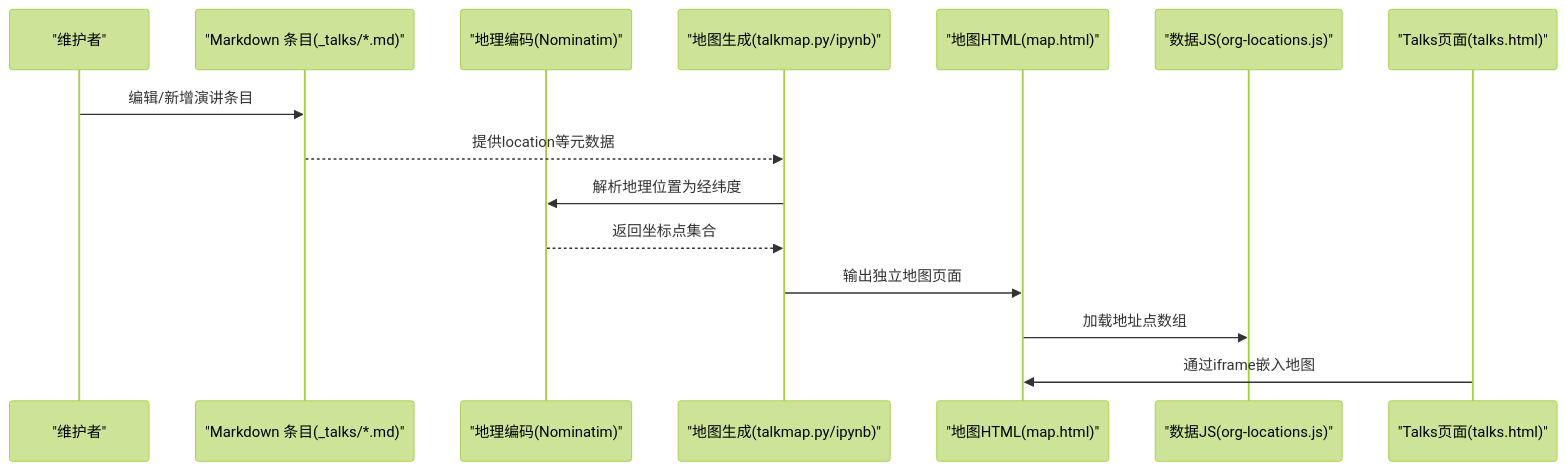
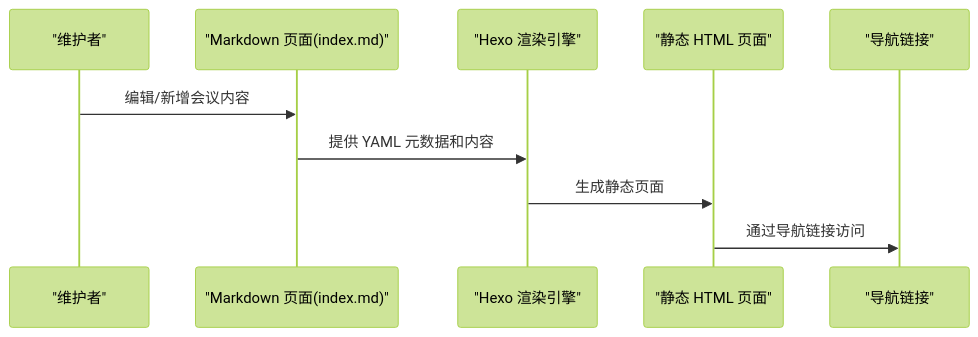
Before and after one commit to CoolPig0720/CoolPig0720.github.io: the second of 4 diagrams in .qoder/repowiki/zh/content/学术功能模块/会议展示功能.md, drawn with Mermaid (forest theme). The commit also changed other lines of this file and 36 other files, not shown here.

````diff
--- a/.qoder/repowiki/zh/content/学术功能模块/会议展示功能.md
+++ b/.qoder/repowiki/zh/content/学术功能模块/会议展示功能.md
@@ -118,17 +95,12 @@
 ```mermaid
 sequenceDiagram
 participant U as "维护者"
-participant MD as "Markdown 条目(_talks/*.md)"
-participant GEO as "地理编码(Nominatim)"
-participant GEN as "地图生成(talkmap.py/ipynb)"
-participant HTML as "地图HTML(map.html)"
-participant JS as "数据JS(org-locations.js)"
-participant PAGE as "Talks页面(talks.html)"
-U->>MD : 编辑/新增演讲条目
-MD-->>GEN : 提供location等元数据
-GEN->>GEO : 解析地理位置为经纬度
-GEO-->>GEN : 返回坐标点集合
-GEN->>HTML : 输出独立地图页面
-HTML->>JS : 加载地址点数组
-PAGE->>HTML : 通过iframe嵌入地图
+participant MD as "Markdown 页面(index.md)"
+participant HEXO as "Hexo 渲染引擎"
+participant HTML as "静态 HTML 页面"
+participant NAV as "导航链接"
+U->>MD : 编辑/新增会议内容
+MD->>HEXO : 提供 YAML 元数据和内容
+HEXO->>HTML : 生成静态页面
+HTML->>NAV : 通过导航链接访问
 ```
````
